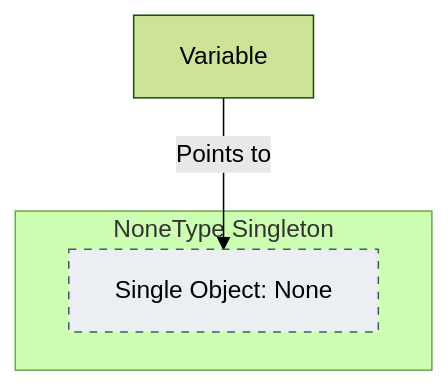
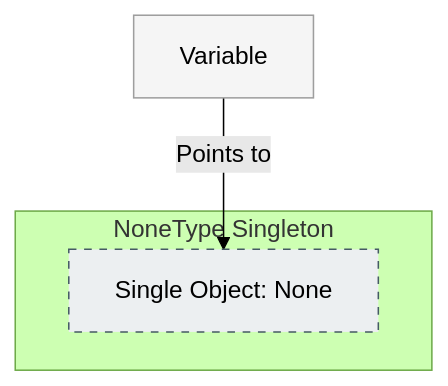
One commit to AyushSingh360/my-python-notebook changed the second of 4 diagrams in 02_Data_Types_and_Operators/README.md. Above: the diagram before and after it, drawn with Mermaid (forest theme). The commit also changed other lines of this file and 2 other files, not shown here.

````diff
--- a/02_Data_Types_and_Operators/README.md
+++ b/02_Data_Types_and_Operators/README.md
@@ -70,8 +72,9 @@
 ```mermaid
 graph TD
     Var["Variable"] -- "Points to" --> N["Single Object: None"]
     subgraph "NoneType Singleton"
     N
     end
+    style Var fill:#f5f5f5,stroke:#9e9e9e,color:#000
     style N fill:#eceff1,stroke:#455a64,stroke-dasharray: 5 5,color:#000
 ```
````
